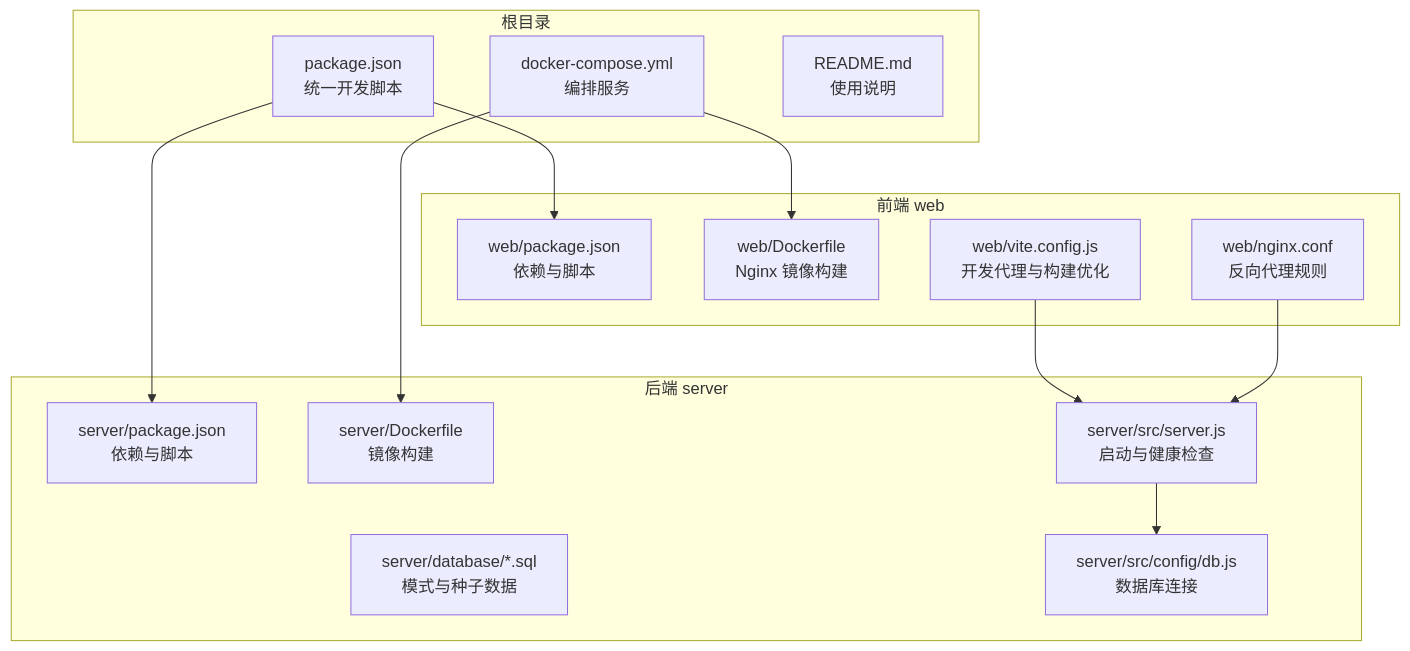
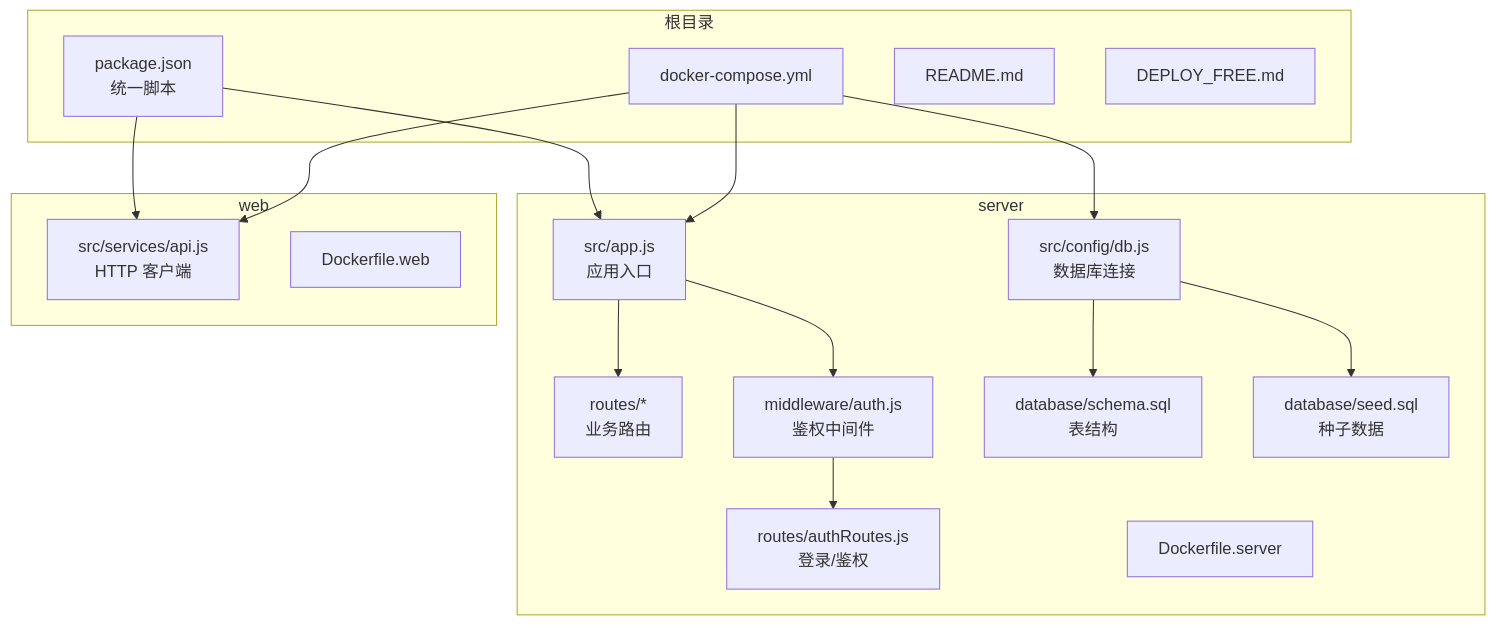
One commit to Juny09/inventory_system changed the first of 5 diagrams in .qoder/repowiki/zh/content/快速开始.md. Above: the diagram before and after it, drawn with Mermaid. The commit also changed other lines of this file and 171 other files, not shown here.

````diff
--- a/.qoder/repowiki/zh/content/快速开始.md
+++ b/.qoder/repowiki/zh/content/快速开始.md
@@ -47,28 +41,33 @@
 ```mermaid
 graph TB
 subgraph "根目录"
-Pkg["package.json<br/>统一开发脚本"]
-Compose["docker-compose.yml<br/>编排服务"]
-Readme["README.md<br/>使用说明"]
+Pkg["package.json<br/>统一脚本"]
+Compose["docker-compose.yml"]
+Readme["README.md"]
+Deploy["DEPLOY_FREE.md"]
 end
-subgraph "后端 server"
-S_Pkg["server/package.json<br/>依赖与脚本"]
-S_Docker["server/Dockerfile<br/>镜像构建"]
-S_DB["server/database/*.sql<br/>模式与种子数据"]
-S_Config["server/src/config/db.js<br/>数据库连接"]
-S_Server["server/src/server.js<br/>启动与健康检查"]
+subgraph "server"
+SApp["src/app.js<br/>应用入口"]
+SDotenv["src/config/db.js<br/>数据库连接"]
+SRoutes["routes/*<br/>业务路由"]
+SAuthMW["middleware/auth.js<br/>鉴权中间件"]
+SAuthRoute["routes/authRoutes.js<br/>登录/鉴权"]
+SSchema["database/schema.sql<br/>表结构"]
+SSeed["database/seed.sql<br/>种子数据"]
+SDockerS["Dockerfile.server"]
 end
-subgraph "前端 web"
-W_Pkg["web/package.json<br/>依赖与脚本"]
-W_Docker["web/Dockerfile<br/>Nginx 镜像构建"]
-W_Vite["web/vite.config.js<br/>开发代理与构建优化"]
-W_Nginx["web/nginx.conf<br/>反向代理规则"]
+subgraph "web"
+WAxios["src/services/api.js<br/>HTTP 客户端"]
+WDockerW["Dockerfile.web"]
 end
-Pkg --> S_Pkg
-Pkg --> W_Pkg
-Compose --> S_Docker
-Compose --> W_Docker
-S_Server --> S_Config
-W_Vite --> S_Server
-W_Nginx --> S_Server
+Pkg --> SApp
+Pkg --> WAxios
+Compose --> SDotenv
+Compose --> SApp
+Compose --> WAxios
+SApp --> SRoutes
+SApp --> SAuthMW
+SAuthMW --> SAuthRoute
+SDotenv --> SSchema
+SDotenv --> SSeed
 ```
````
